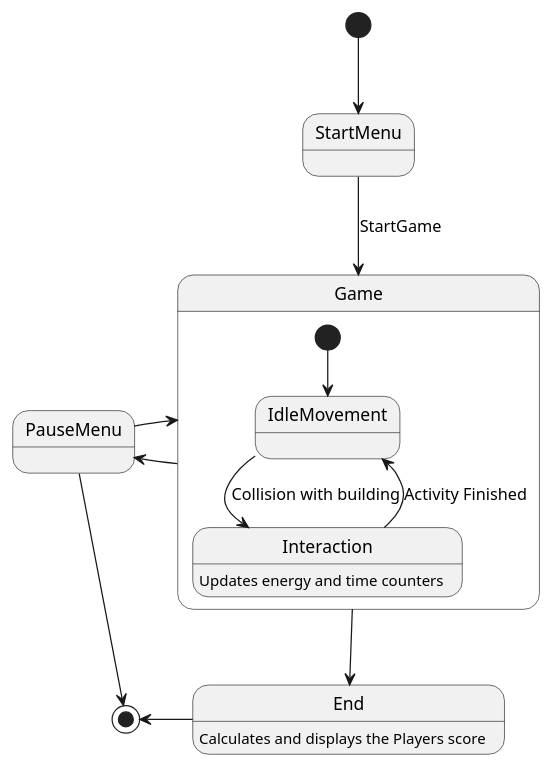
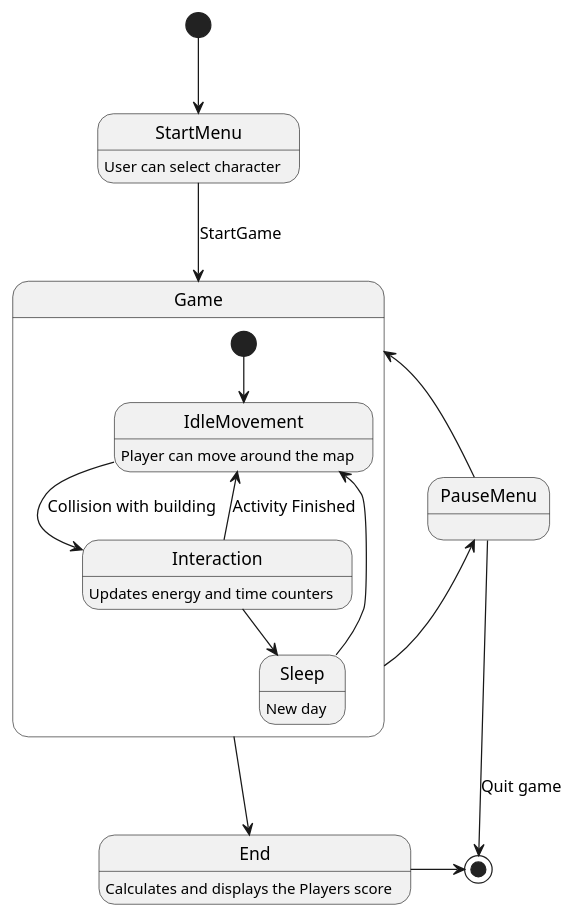
One commit to Mxtt-smith/Group-12-ENG1 changed the diagram in UML_Diagrams/StateDiagram.puml. Above: the diagram before and after it, drawn with PlantUML.

Commit message:
modified state diagram

```diff
--- a/UML_Diagrams/StateDiagram.puml
+++ b/UML_Diagrams/StateDiagram.puml
@@ -1,31 +1,37 @@
 @startuml
 'https://plantuml.com/state-diagram
 
 [*] --> StartMenu
 
 state StartMenu {
-
+    StartMenu: User can select character
 }
 
 state Game{
     [*] --> IdleMovement
 
+    IdleMovement: Player can move around the map
+
     IdleMovement --> Interaction:Collision with building
     Interaction --> IdleMovement:Activity Finished
     Interaction: Updates energy and time counters
+    Interaction  --> Sleep
+    Sleep:New day
+    Sleep --> IdleMovement
 }
 
 state End{
     End:Calculates and displays the Players score
 }
 
 state PauseMenu{
 
 }
+
 StartMenu --> Game: StartGame
 Game -> PauseMenu
-PauseMenu -> Game
+Game <- PauseMenu
 Game --> End
-[*] <- End
-PauseMenu --> [*]
+End -> [*]
+PauseMenu --> [*] : Quit game
 @enduml
```
